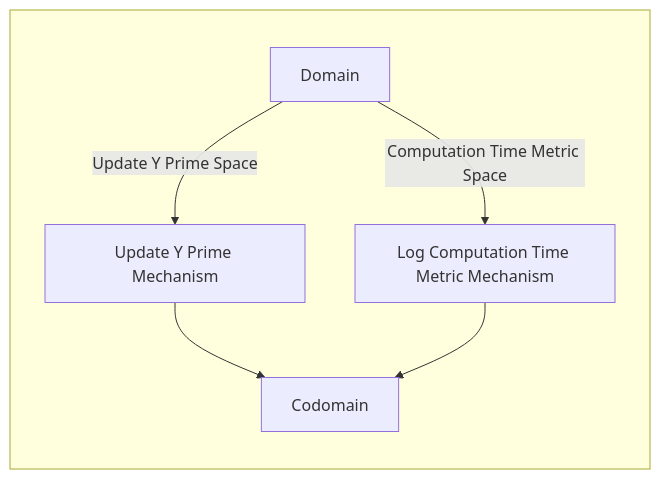
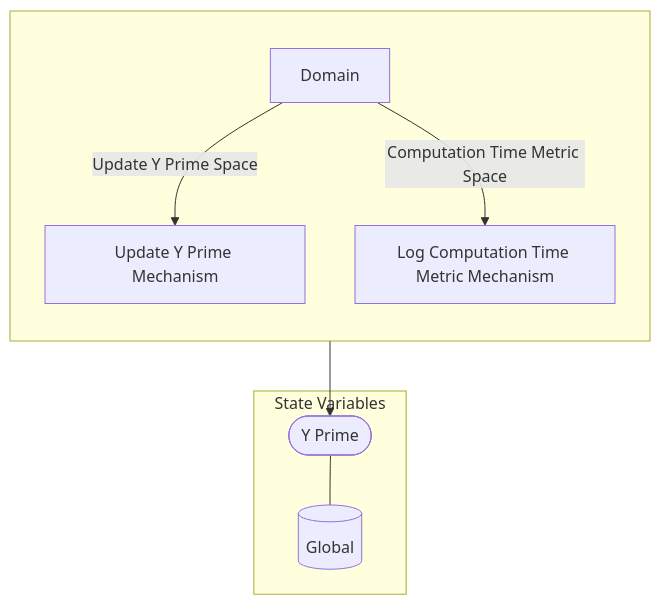
Before and after one commit to SeanMcOwen/Root-Finding-Simulation: the diagram in MSML/reports/Markdown/Wiring/Calculate Y Prime Parallel Block.md, drawn with Mermaid. The commit also changed other lines of this file and 24 other files, not shown here.

````diff
--- a/MSML/reports/Markdown/Wiring/Calculate Y Prime Parallel Block.md
+++ b/MSML/reports/Markdown/Wiring/Calculate Y Prime Parallel Block.md
@@ -3,16 +3,22 @@
 ```mermaid
 graph TB
-subgraph X5[ ]
+
+subgraph SVS["State Variables"]
+EE0[("Global")]
+EES0(["Y Prime"])
+EES0 --- EE0
+end
+
+subgraph X5[" "]
 direction TB
-X1[Update Y Prime Mechanism]
-X2[Log Computation Time Metric Mechanism]
+X1["Update Y Prime Mechanism"]
+X1 --> EES0
+X2["Log Computation Time Metric Mechanism"]
 X3[Domain]
-X4[Codomain]
+
 direction LR
 direction TB
 X3 --"Update Y Prime Space"--> X1
 X3 --"Computation Time Metric Space"--> X2
-X1 --> X4
-X2 --> X4
 end
 ```
````
